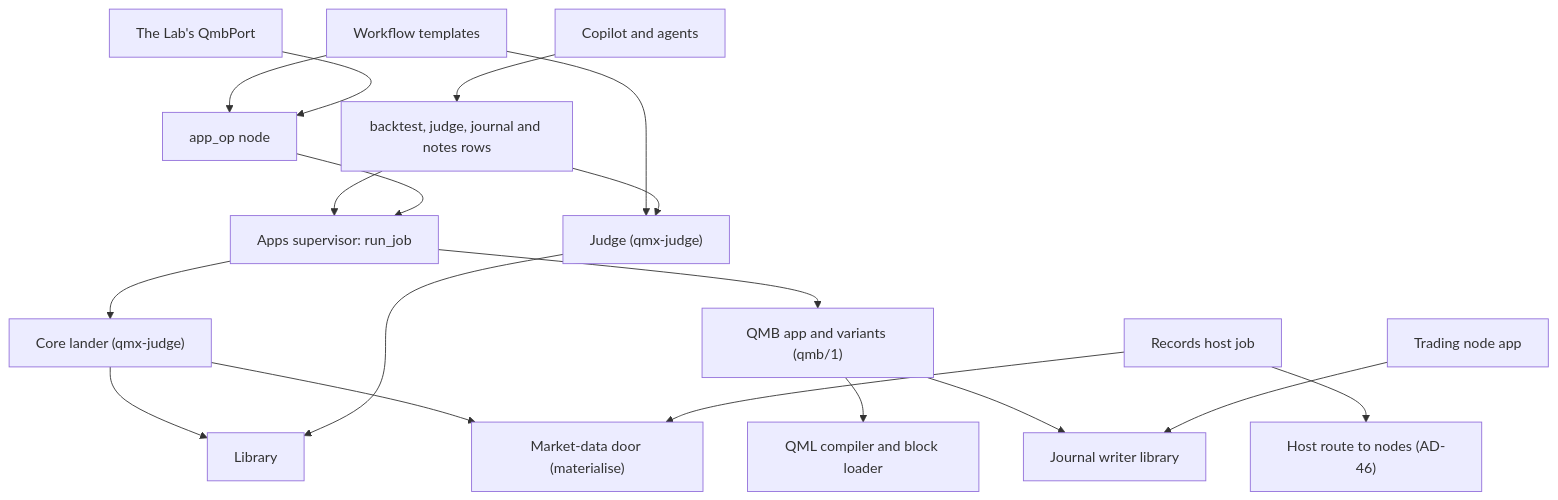
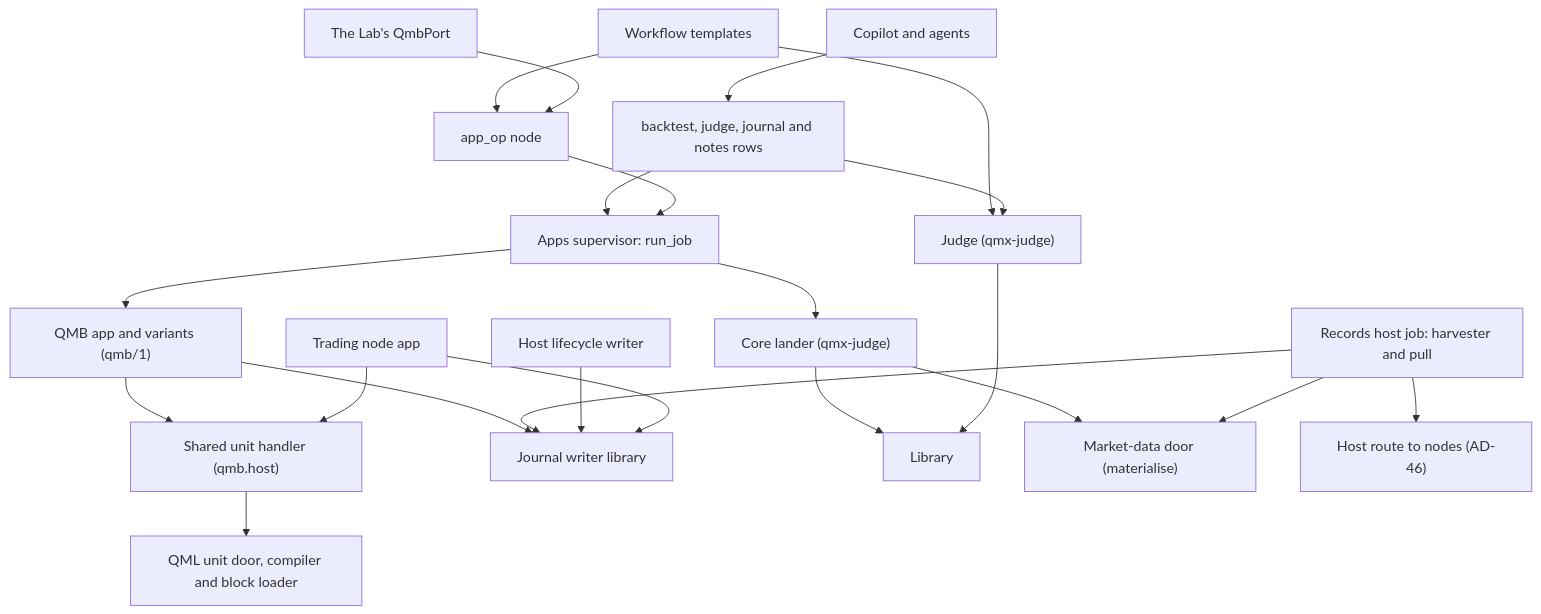
Before and after one commit to mubarakhimself-byte/QMX: the first of 3 diagrams in tracker/risk-sizing/architecture/parts/B-qmb-journals-workflows/ARCHITECTURE-SPINE.md, drawn with Mermaid. The commit also changed other lines of this file and 12 other files, not shown here.

Commit message:
risk-sizing: R1 fix round, part B (11 findings applied; shared unit handler B5b; one harvester per machine; read-only journal reader)

````diff
--- a/tracker/risk-sizing/architecture/parts/B-qmb-journals-workflows/ARCHITECTURE-SPINE.md
+++ b/tracker/risk-sizing/architecture/parts/B-qmb-journals-workflows/ARCHITECTURE-SPINE.md
@@ -88,20 +91,24 @@
 ```mermaid
 flowchart TB
   COP["Copilot and agents"] --> ROWS["backtest, judge, journal and notes rows"]
   WF["Workflow templates"] --> APPOP["app_op node"]
   LAB["The Lab's QmbPort"] --> APPOP
   ROWS --> SUP["Apps supervisor: run_job"]
   APPOP --> SUP
   SUP --> LANDER["Core lander (qmx-judge)"]
   SUP --> QMB["QMB app and variants (qmb/1)"]
-  QMB --> QML["QML compiler and block loader"]
+  QMB --> UH["Shared unit handler (qmb.host)"]
+  UH --> QML["QML unit door, compiler and block loader"]
   QMB --> JWLIB["Journal writer library"]
   LANDER --> LIB["Library"]
   LANDER --> DOOR["Market-data door (materialise)"]
   JUDGE["Judge (qmx-judge)"] --> LIB
-  REC["Records host job"] --> DOOR
+  REC["Records host job: harvester and pull"] --> DOOR
+  REC --> JWLIB
   REC --> ROUTE["Host route to nodes (AD-46)"]
+  HLC["Host lifecycle writer"] --> JWLIB
   NODE["Trading node app"] --> JWLIB
+  NODE --> UH
   WF --> JUDGE
   ROWS --> JUDGE
 ```
````
